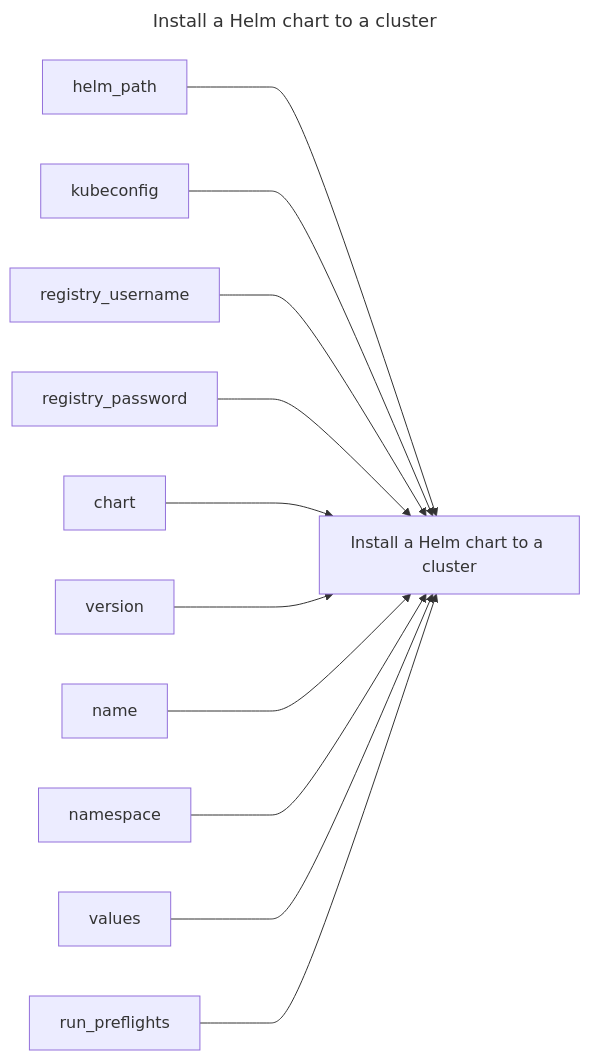
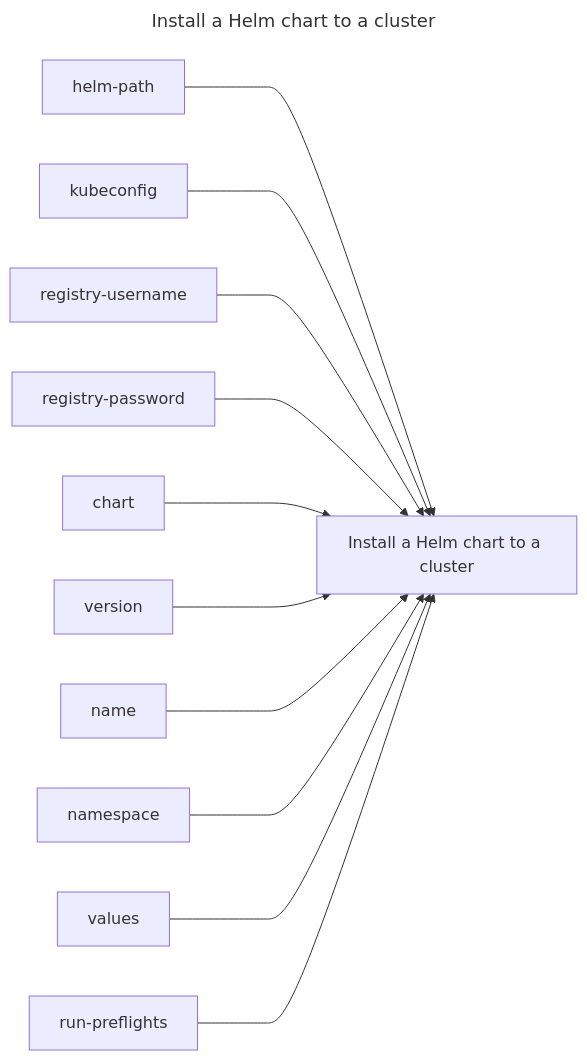
One commit to replicatedhq/replicated-actions changed the diagram in helm-install/README.md. Above: the diagram before and after it, drawn with Mermaid. The commit also changed 12 other files, not shown here.

````diff
--- a/helm-install/README.md
+++ b/helm-install/README.md
@@ -3,17 +3,27 @@
 ```mermaid
 ---
 title: Install a Helm chart to a cluster
 ---
 graph LR
 install_a_helm_chart_to_a_cluster["Install a Helm chart to a cluster"]
+helm_path["helm-path"]
+kubeconfig["kubeconfig"]
+registry_username["registry-username"]
+registry_password["registry-password"]
+chart["chart"]
+version["version"]
+name["name"]
+namespace["namespace"]
+values["values"]
+run_preflights["run-preflights"]
 helm_path ---> install_a_helm_chart_to_a_cluster
 kubeconfig ---> install_a_helm_chart_to_a_cluster
 registry_username ---> install_a_helm_chart_to_a_cluster
 registry_password ---> install_a_helm_chart_to_a_cluster
 chart ---> install_a_helm_chart_to_a_cluster
 version ---> install_a_helm_chart_to_a_cluster
 name ---> install_a_helm_chart_to_a_cluster
 namespace ---> install_a_helm_chart_to_a_cluster
 values ---> install_a_helm_chart_to_a_cluster
 run_preflights ---> install_a_helm_chart_to_a_cluster
 ```
````
